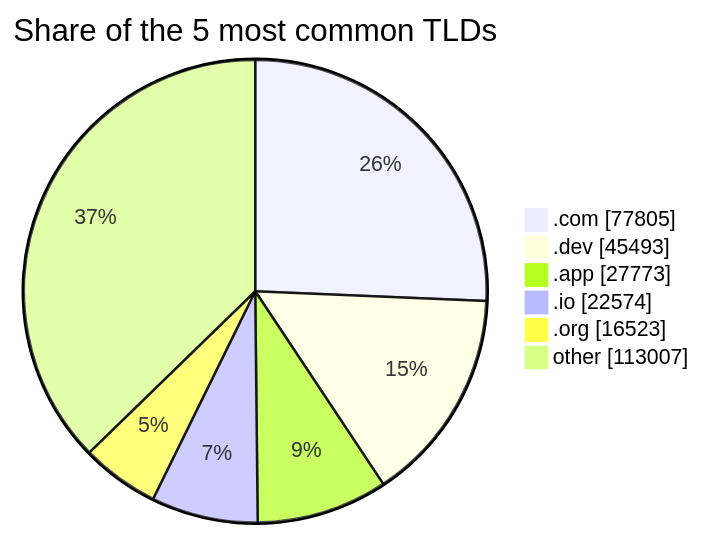
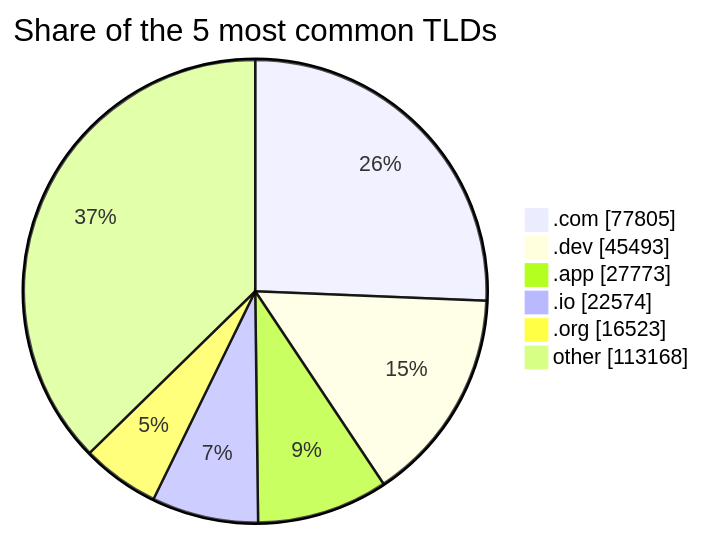
Before and after one commit to DNSBunker/CTI: the third of 3 diagrams in README.md, drawn with Mermaid. The commit also changed other lines of this file and 3 other files, not shown here.

````diff
--- a/README.md
+++ b/README.md
@@ -81,9 +81,9 @@
 ```mermaid
 pie showData title Share of the 5 most common TLDs
     ".com" : 77805
     ".dev" : 45493
     ".app" : 27773
     ".io" : 22574
     ".org" : 16523
-    "other" : 113007
+    "other" : 113168
 ```
````
